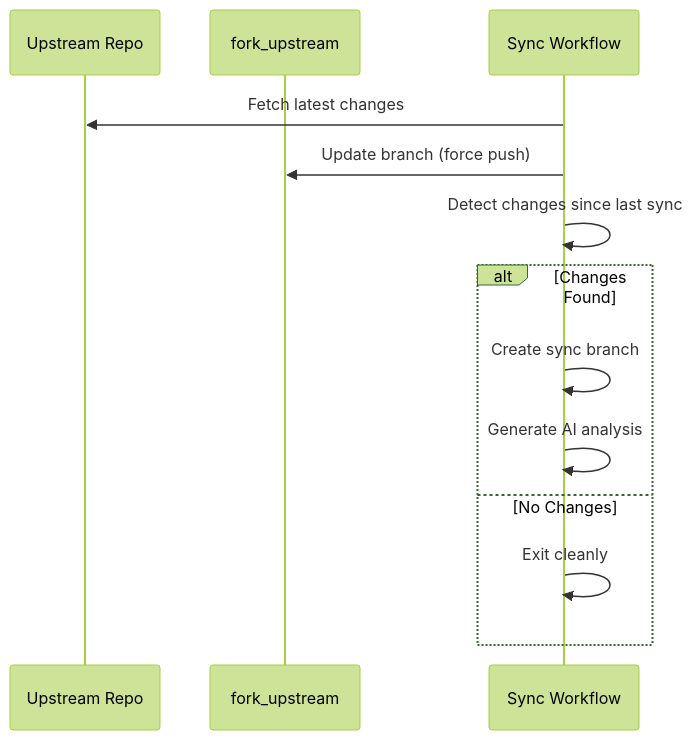
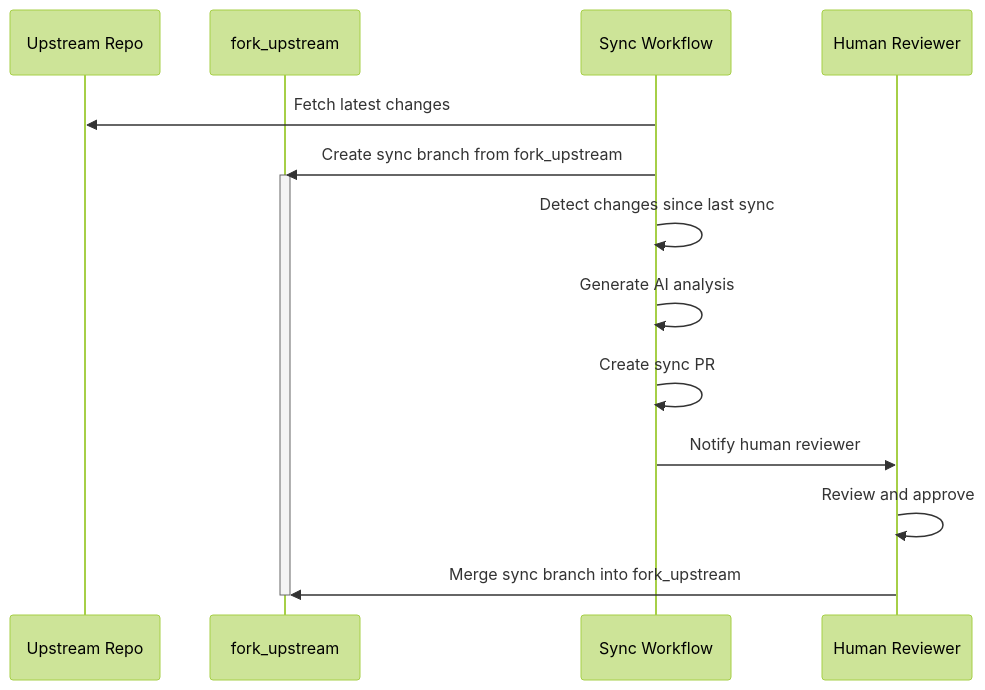
Before and after one commit to danielscholl-osdu/osdu-fork-template: the second of 4 diagrams in doc/src/architecture/three_branch_strategy.md, drawn with Mermaid (forest theme). The commit also changed other lines of this file, not shown here.

First line of the commit message:
docs: improve three-branch strategy documentation clarity

````diff
--- a/doc/src/architecture/three_branch_strategy.md
+++ b/doc/src/architecture/three_branch_strategy.md
@@ -78,17 +74,18 @@
 ```mermaid
 sequenceDiagram
     participant U as Upstream Repo
     participant FU as fork_upstream
     participant S as Sync Workflow
+    participant H as Human Reviewer
     
     S->>U: Fetch latest changes
-    S->>FU: Update branch (force push)
+    S->>FU: Create sync branch from fork_upstream
+    activate FU
     S->>S: Detect changes since last sync
-    
-    alt Changes Found
-        S->>S: Create sync branch
-        S->>S: Generate AI analysis
-    else No Changes
-        S->>S: Exit cleanly
-    end
+    S->>S: Generate AI analysis
+    S->>S: Create sync PR
+    S->>H: Notify human reviewer
+    H->>H: Review and approve
+    H->>FU: Merge sync branch into fork_upstream
+    deactivate FU
 ```
````
